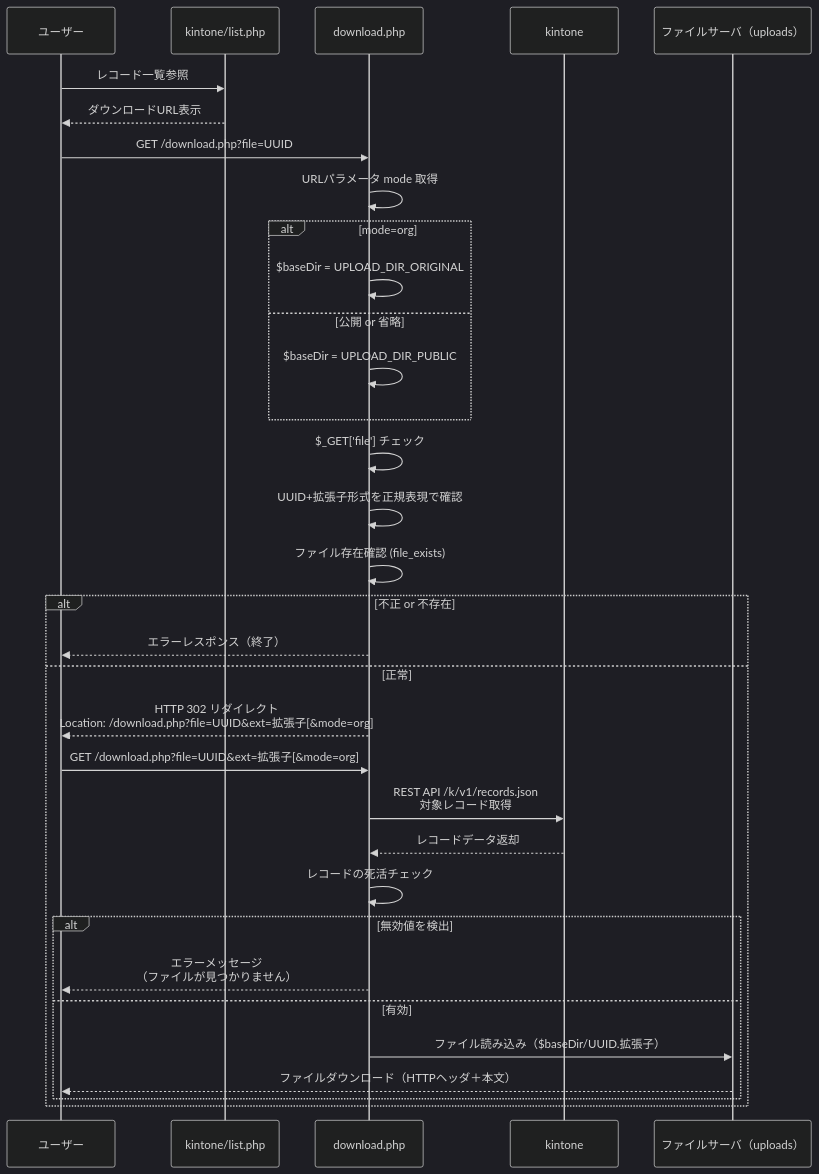
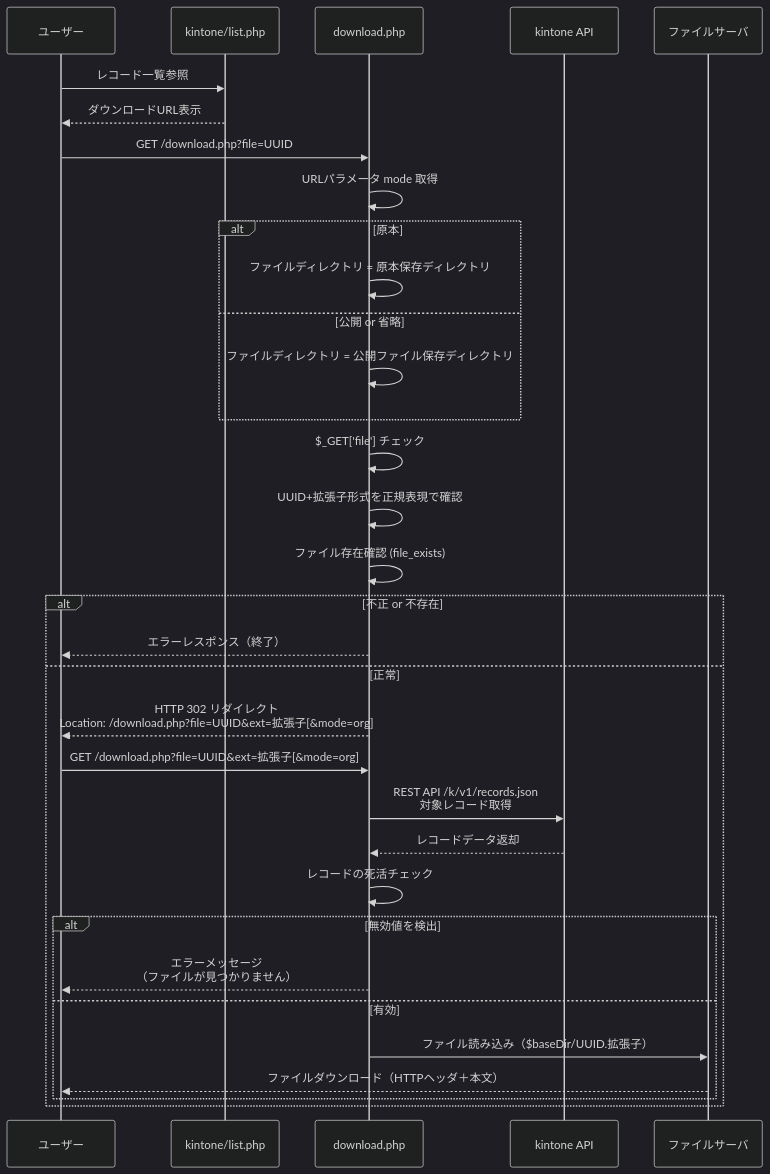
Before and after one commit to Kahiro-M/fileUploader4KntnFileSv: the seventh of 7 diagrams in design.md, drawn with Mermaid (dark theme). The commit also changed other lines of this file, not shown here.

````diff
--- a/design.md
+++ b/design.md
@@ -129,43 +155,43 @@
 ```mermaid
 sequenceDiagram
     participant User as ユーザー
     participant Kntn as kintone/list.php
     participant DL as download.php
-    participant kintone as kintone
-    participant FS as ファイルサーバ（uploads）
+    participant kintone as kintone API
+    participant FS as ファイルサーバ
 
     User ->> Kntn: レコード一覧参照
     Kntn -->> User: ダウンロードURL表示
     User ->> DL: GET /download.php?file=UUID
 
     DL ->> DL: URLパラメータ mode 取得
-    alt mode=org
-        DL ->> DL: $baseDir = UPLOAD_DIR_ORIGINAL
+    alt 原本
+        DL ->> DL: ファイルディレクトリ = 原本保存ディレクトリ
     else 公開 or 省略
-        DL ->> DL: $baseDir = UPLOAD_DIR_PUBLIC
+        DL ->> DL: ファイルディレクトリ = 公開ファイル保存ディレクトリ
     end
 
 
     DL ->> DL: $_GET['file'] チェック
     DL ->> DL: UUID+拡張子形式を正規表現で確認
     DL ->> DL: ファイル存在確認 (file_exists)
 
     alt 不正 or 不存在
         DL -->> User: エラーレスポンス（終了）
     else 正常
         DL -->> User: HTTP 302 リダイレクト<br>Location: /download.php?file=UUID&ext=拡張子[&mode=org]
         User ->> DL: GET /download.php?file=UUID&ext=拡張子[&mode=org]
 
         DL ->> kintone: REST API  /k/v1/records.json<br>対象レコード取得
         kintone -->> DL: レコードデータ返却
 
         DL ->> DL: レコードの死活チェック
         alt 無効値を検出
             DL -->> User: エラーメッセージ<br>（ファイルが見つかりません）
         else 有効
             DL ->> FS: ファイル読み込み（$baseDir/UUID.拡張子）
             FS -->> User: ファイルダウンロード（HTTPヘッダ＋本文）
         end
     end
 
 ```
````
